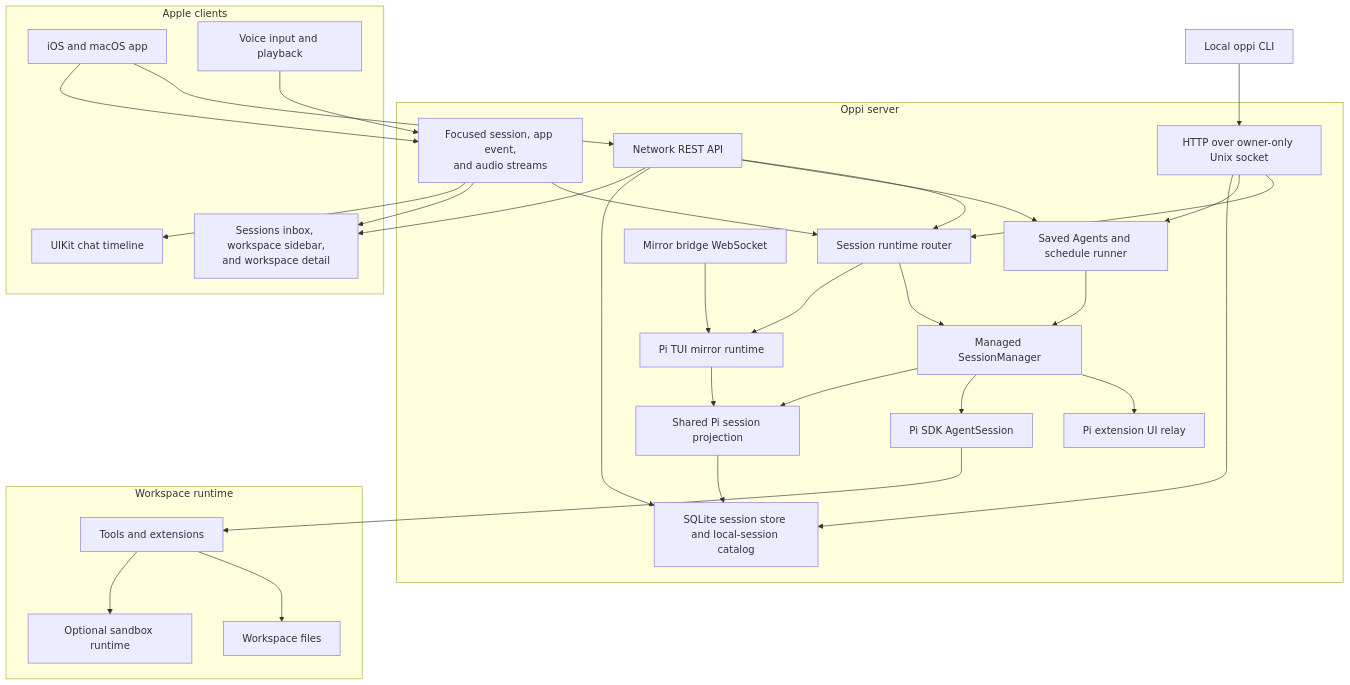
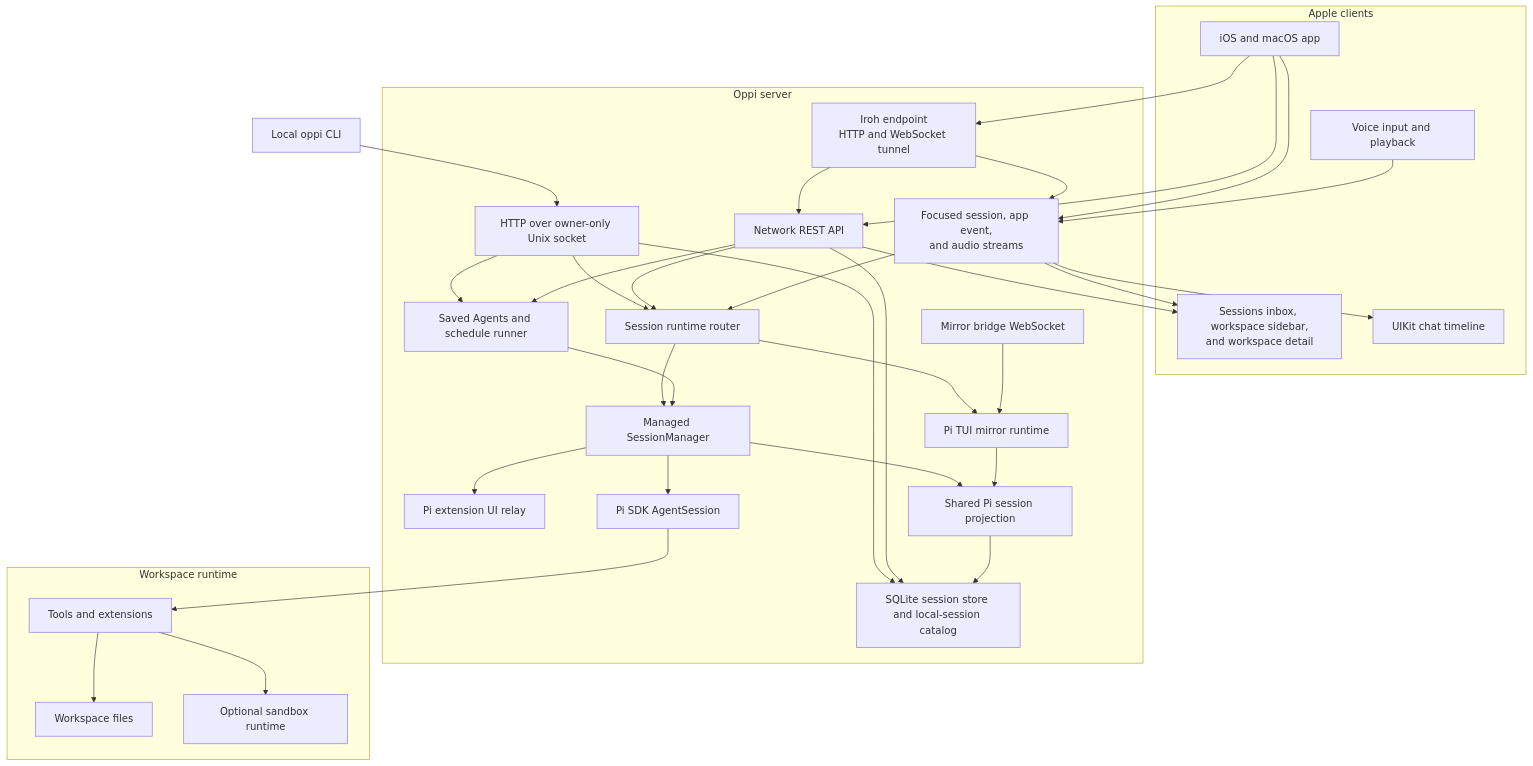
The first of 3 diagrams in docs/architecture.md (duh17/oppi), drawn with Mermaid before and after one commit. The commit also changed other lines of this file and 92 other files, not shown here.

````diff
--- a/docs/architecture.md
+++ b/docs/architecture.md
@@ -20,59 +20,63 @@
 ```mermaid
 graph TD
   subgraph Apple[Apple clients]
     App[iOS and macOS app]
     WorkspaceUI[Sessions inbox, workspace sidebar,<br/>and workspace detail]
     Timeline[UIKit chat timeline]
     Voice[Voice input and playback]
   end
 
   CLI[Local oppi CLI]
 
   subgraph Server[Oppi server]
     LocalHTTP[HTTP over owner-only Unix socket]
+    Iroh[Iroh endpoint<br/>HTTP and WebSocket tunnel]
     HTTP[Network REST API]
     Streams[Focused session, app event,<br/>and audio streams]
     Router[Session runtime router]
     Sessions[Managed SessionManager]
     Mirror[Pi TUI mirror runtime]
     Bridge[Mirror bridge WebSocket]
     ExtensionUI[Pi extension UI relay]
     Automations[Saved Agents and schedule runner]
     Storage[SQLite session store and local-session catalog]
     Project[Shared Pi session projection]
     Pi[Pi SDK AgentSession]
   end
 
   subgraph Workspace[Workspace runtime]
     Files[Workspace files]
     Tools[Tools and extensions]
     Sandbox[Optional sandbox runtime]
   end
 
   CLI --> LocalHTTP
   LocalHTTP --> Router
   LocalHTTP --> Automations
   LocalHTTP --> Storage
   App --> HTTP
+  App --> Iroh
+  Iroh --> HTTP
+  Iroh --> Streams
   App --> Streams
   HTTP --> Router
   HTTP --> Automations
   HTTP --> Storage
   Streams --> Router
   Router --> Sessions
   Router --> Mirror
   Bridge --> Mirror
   Automations --> Sessions
   Sessions --> ExtensionUI
   Sessions --> Pi
   Sessions --> Project
   Mirror --> Project
   Pi --> Tools
   Tools --> Files
   Project --> Storage
   Tools --> Sandbox
   HTTP --> WorkspaceUI
   Streams --> WorkspaceUI
   Streams --> Timeline
   Voice --> Streams
 ```
````
